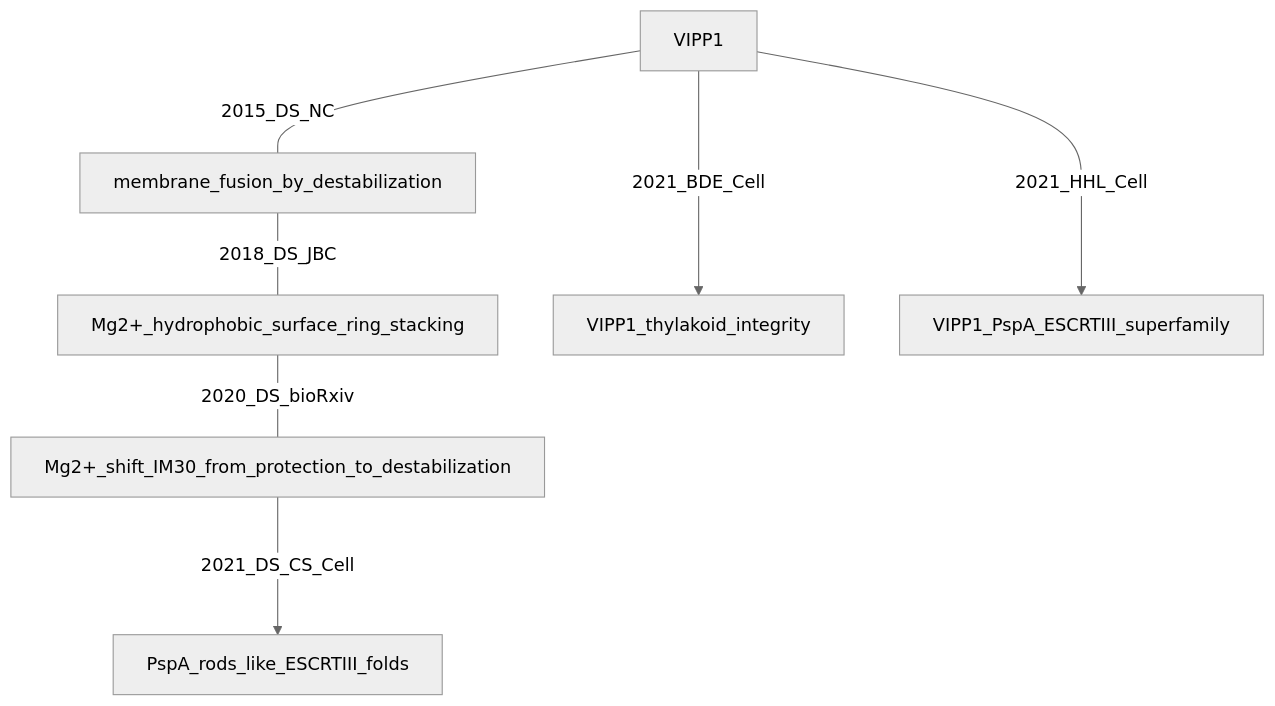
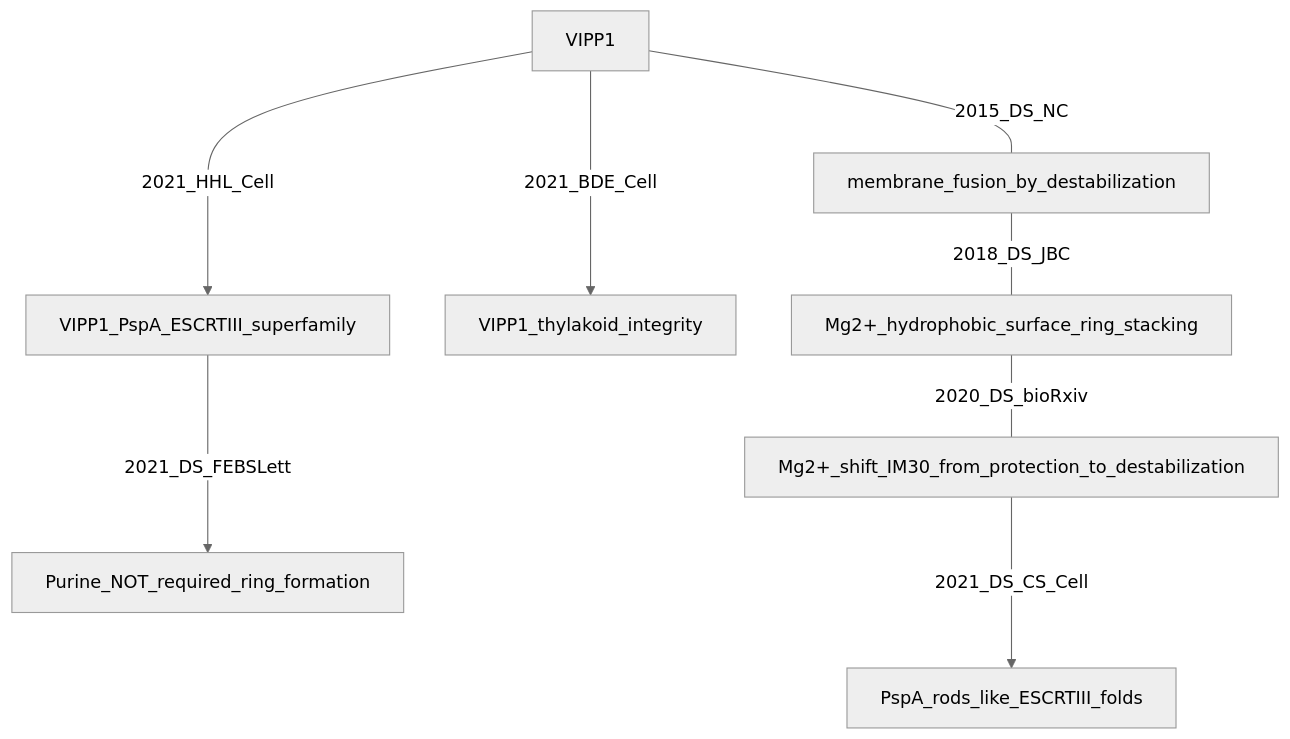
The first of 8 diagrams in source/resources/mindmap/VIPP1.md (psichen/psichen.github.io), drawn with Mermaid (neutral theme) before and after one commit. The commit also changed other lines of this file, not shown here.

````diff
--- a/source/resources/mindmap/VIPP1.md
+++ b/source/resources/mindmap/VIPP1.md
@@ -3,12 +3,14 @@
 ```mermaid
 flowchart TB
 
 VIPP1 --- |2015_DS_NC| membrane_fusion_by_destabilization
 membrane_fusion_by_destabilization --- |2018_DS_JBC| Mg2+_hydrophobic_surface_ring_stacking
 Mg2+_hydrophobic_surface_ring_stacking --- |2020_DS_bioRxiv| Mg2+_shift_IM30_from_protection_to_destabilization
 Mg2+_shift_IM30_from_protection_to_destabilization ---> |2021_DS_CS_Cell| PspA_rods_like_ESCRTIII_folds
 
 VIPP1 ---> |2021_BDE_Cell| VIPP1_thylakoid_integrity
 
 VIPP1 ---> |2021_HHL_Cell| VIPP1_PspA_ESCRTIII_superfamily
+
+VIPP1_PspA_ESCRTIII_superfamily ---> |2021_DS_FEBSLett| Purine_NOT_required_ring_formation
 ```
````
